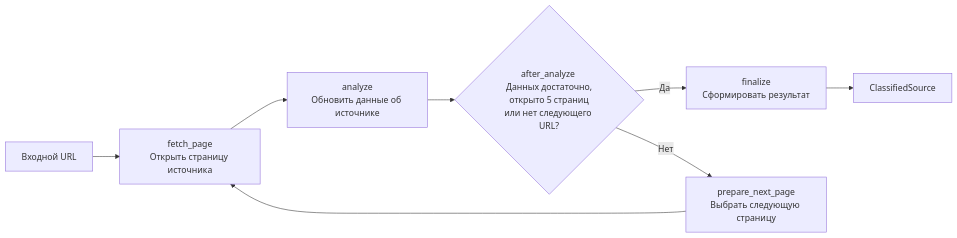
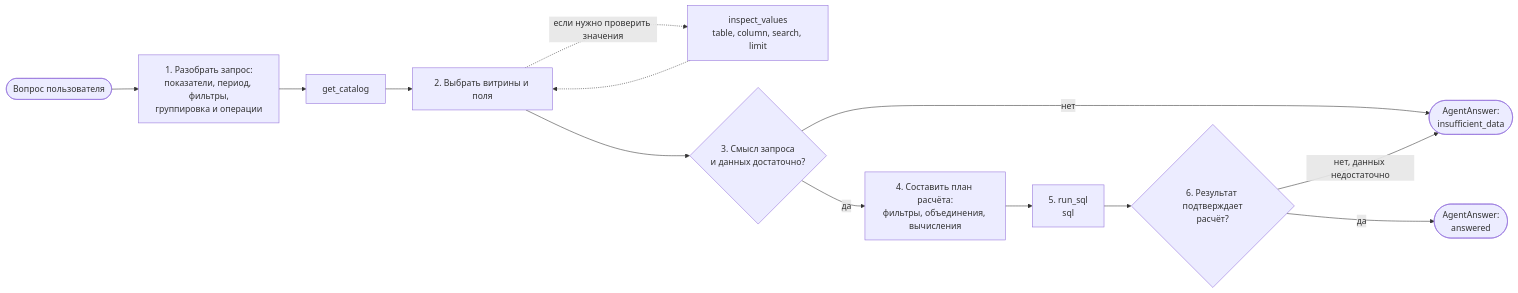
The diagram in README.md (notglebatall/source-classifier), drawn with Mermaid before and after one commit. The commit also changed other lines of this file and 21 other files, not shown here.

````diff
--- a/README.md
+++ b/README.md
@@ -24,10 +14,15 @@
 ```mermaid
 flowchart LR
-    A[Входной URL] --> B[fetch_page<br/>Открыть страницу источника]
-    B --> D[analyze<br/>Обновить данные об источнике]
-    D --> E{after_analyze <br/>Данных достаточно,<br/>открыто 5 страниц<br/>или нет следующего URL?}
-    E -- Да --> F[finalize<br/>Сформировать результат]
-    E -- Нет --> H[prepare_next_page<br/>Выбрать следующую страницу]
-    H --> B
-    F --> G[ClassifiedSource]
+    QUESTION([Вопрос пользователя]) --> PARSE[1. Разобрать запрос:<br/>показатели, период, фильтры,<br/>группировка и операции]
+    PARSE --> CATALOG[get_catalog]
+    CATALOG --> SELECT[2. Выбрать витрины и поля]
+    SELECT -.->|если нужно проверить значения| VALUES[inspect_values<br/>table, column, search, limit]
+    VALUES -.-> SELECT
+    SELECT --> CHECK{3. Смысл запроса<br/>и данных достаточно?}
+    CHECK -->|нет| INSUFFICIENT([AgentAnswer:<br/>insufficient_data])
+    CHECK -->|да| PLAN[4. Составить план расчёта:<br/>фильтры, объединения, вычисления]
+    PLAN --> SQL[5. run_sql<br/>sql]
+    SQL --> VERIFY{6. Результат подтверждает<br/>расчёт?}
+    VERIFY -->|да| ANSWERED([AgentAnswer:<br/>answered])
+    VERIFY -->|нет, данных недостаточно| INSUFFICIENT
 ```
````
